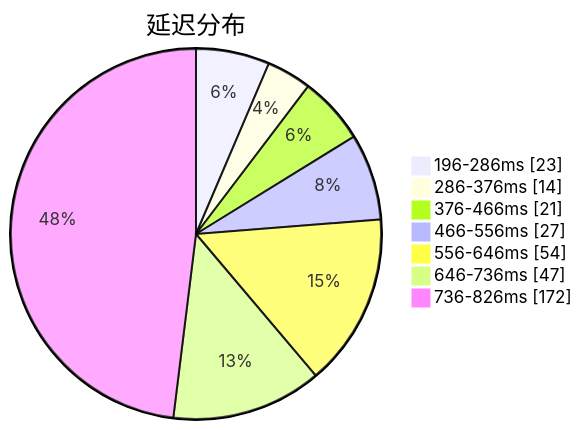
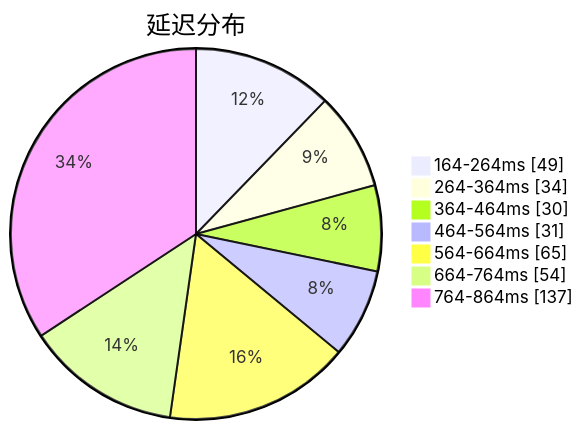
Before and after one commit to qjlxg/airport: the first of 3 diagrams in subs/statistics/tested_within.md, drawn with Mermaid. The commit also changed other lines of this file and 2 other files, not shown here.

Commit message:
Tested by metaST

````diff
--- a/subs/statistics/tested_within.md
+++ b/subs/statistics/tested_within.md
@@ -2,11 +2,11 @@
 ```mermaid
 pie showData
 title 延迟分布
-"196-286ms" : 23
-"286-376ms" : 14
-"376-466ms" : 21
-"466-556ms" : 27
-"556-646ms" : 54
-"646-736ms" : 47
-"736-826ms" : 172
+"164-264ms" : 49
+"264-364ms" : 34
+"364-464ms" : 30
+"464-564ms" : 31
+"564-664ms" : 65
+"664-764ms" : 54
+"764-864ms" : 137
 ```
````
